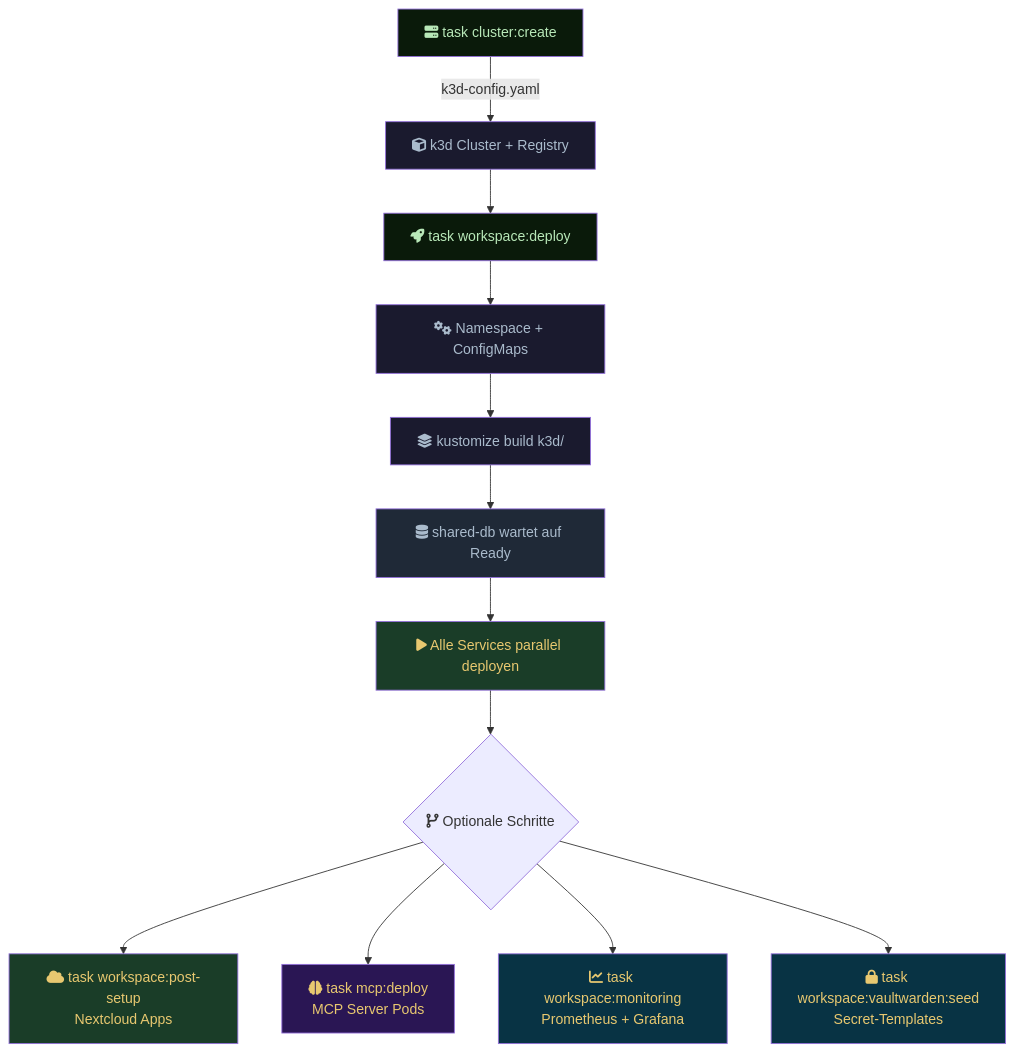
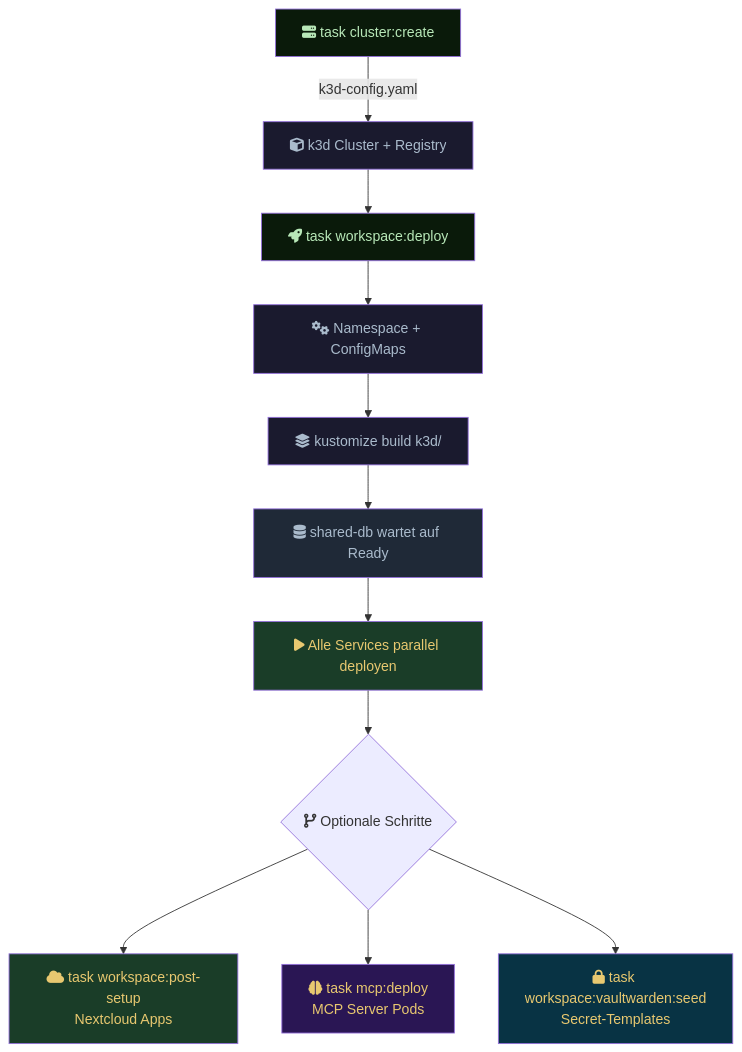
One commit to Paddione/Bachelorprojekt changed the ninth of 10 diagrams in docs/architecture.md. Above: the diagram before and after it, drawn with Mermaid. The commit also changed other lines of this file and 4 other files, not shown here.

First line of the commit message:
docs: remove Prometheus and Grafana from architecture diagrams

````diff
--- a/docs/architecture.md
+++ b/docs/architecture.md
@@ -571,27 +563,25 @@
 ```mermaid
 flowchart TD
     A["fa:fa-server task cluster:create"] -->|k3d-config.yaml| B["fa:fa-cube k3d Cluster + Registry"]
     B --> C["fa:fa-rocket task workspace:deploy"]
     C --> D["fa:fa-cogs Namespace + ConfigMaps"]
     D --> E["fa:fa-layer-group kustomize build k3d/"]
     E --> F["fa:fa-database shared-db wartet auf Ready"]
     F --> G["fa:fa-play Alle Services parallel deployen"]
     G --> H{"fa:fa-code-branch Optionale Schritte"}
 
     H --> I["fa:fa-cloud task workspace:post-setup<br/>Nextcloud Apps"]
     H --> J["fa:fa-brain task mcp:deploy<br/>MCP Server Pods"]
-    H --> K["fa:fa-chart-line task workspace:monitoring<br/>Prometheus + Grafana"]
     H --> M["fa:fa-lock task workspace:vaultwarden:seed<br/>Secret-Templates"]
 
     style A fill:#0a1a0a,color:#b8e8b8
     style B fill:#1a1a2e,color:#aabbcc
     style C fill:#0a1a0a,color:#b8e8b8
     style D fill:#1a1a2e,color:#aabbcc
     style E fill:#1a1a2e,color:#aabbcc
     style F fill:#1f2937,color:#aabbcc
     style G fill:#1a3d28,color:#e8c870
     style I fill:#1a3d28,color:#e8c870
     style J fill:#2a1654,color:#e8c870
-    style K fill:#083344,color:#e8c870
     style M fill:#083344,color:#e8c870
 ```
````
